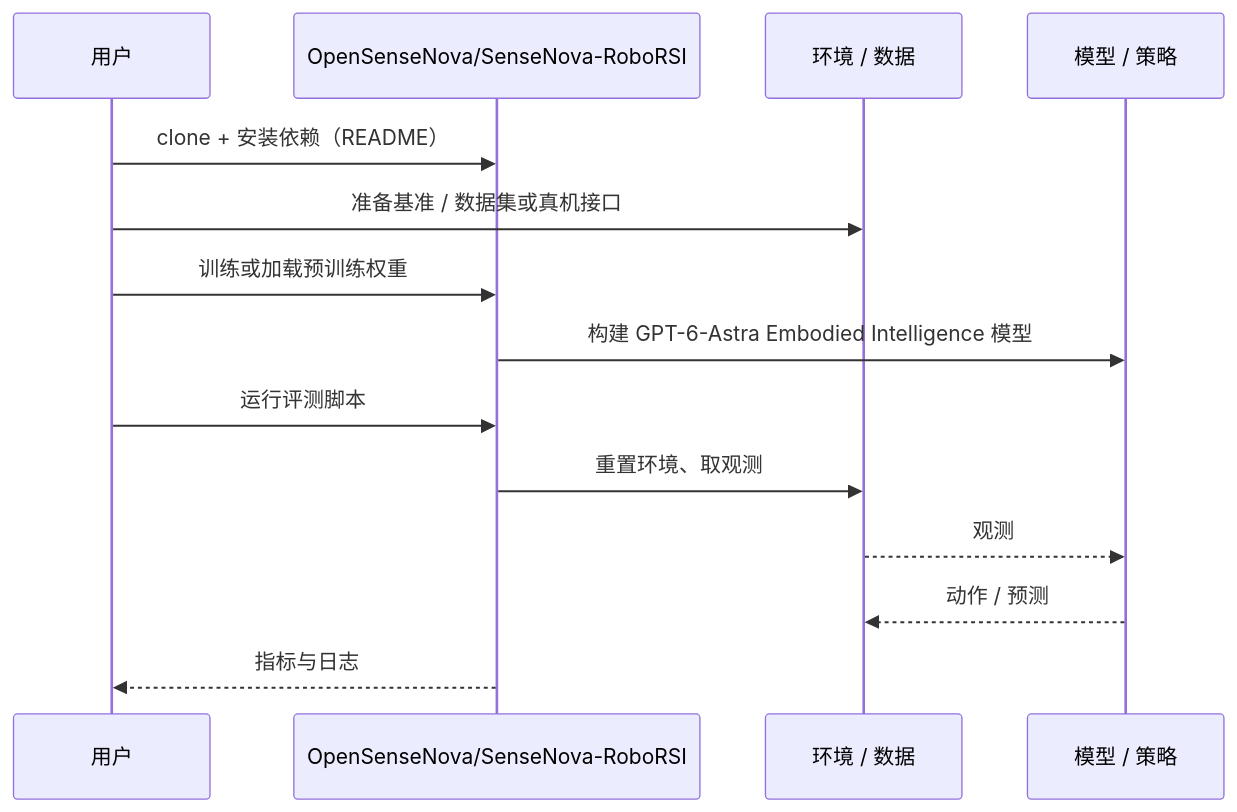
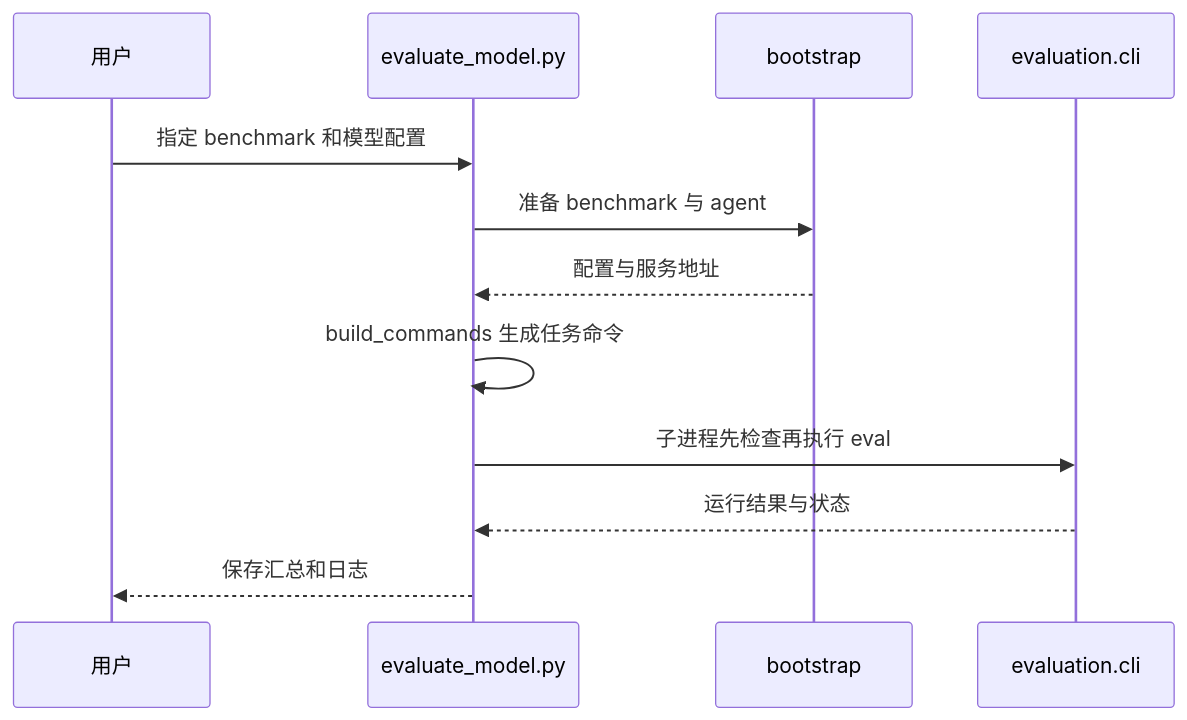
Before and after one commit to ImChong/Robotics_Notebooks: the second of 2 diagrams in wiki/entities/paper-gpt-6-astra-embodied-intelligence.md, drawn with Mermaid. The commit also changed other lines of this file and 4 other files, not shown here.

Commit message:
[2026-11-03] ingest | sources/papers/gpt_6_astra_embodied_intelligence_arxiv_2610_22471.md — 补充具身评测与源码核查草稿

````diff
--- a/wiki/entities/paper-gpt-6-astra-embodied-intelligence.md
+++ b/wiki/entities/paper-gpt-6-astra-embodied-intelligence.md
@@ -60,16 +78,14 @@
 ```mermaid
 sequenceDiagram
   participant U as 用户
-  participant R as OpenSenseNova/SenseNova-RoboRSI
-  participant E as 环境 / 数据
-  participant M as 模型 / 策略
-  U->>R: clone + 安装依赖（README）
-  U->>E: 准备基准 / 数据集或真机接口
-  U->>R: 训练或加载预训练权重
-  R->>M: 构建 GPT-6-Astra Embodied Intelligence 模型
-  U->>R: 运行评测脚本
-  R->>E: 重置环境、取观测
-  E-->>M: 观测
-  M-->>E: 动作 / 预测
-  R-->>U: 指标与日志
+  participant E as evaluate_model.py
+  participant B as bootstrap
+  participant C as evaluation.cli
+  U->>E: 指定 benchmark 和模型配置
+  E->>B: 准备 benchmark 与 agent
+  B-->>E: 配置与服务地址
+  E->>E: build_commands 生成任务命令
+  E->>C: 子进程先检查再执行 eval
+  C-->>E: 运行结果与状态
+  E-->>U: 保存汇总和日志
 ```
````
